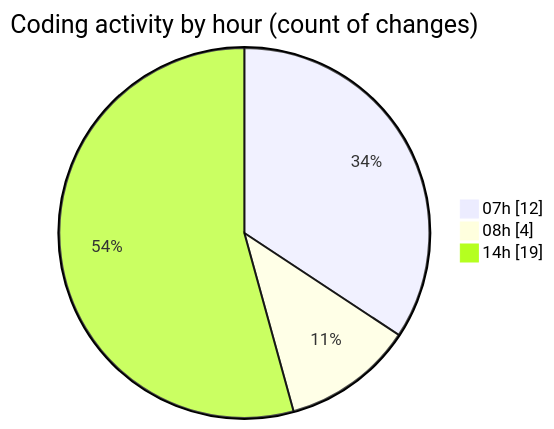
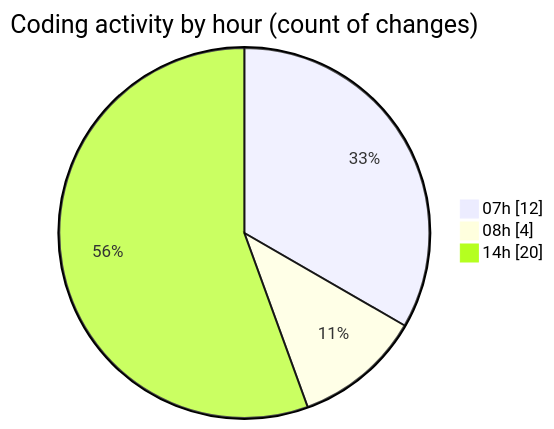
Before and after one commit to robertbonfada/code-tracking: the second of 2 diagrams in 2025-01-09/mbc-web/README.md, drawn with Mermaid. The commit also changed other lines of this file and 1 other file, not shown here.

````diff
--- a/2025-01-09/mbc-web/README.md
+++ b/2025-01-09/mbc-web/README.md
@@ -36,7 +36,7 @@
 ```mermaid
 pie showData
 title Coding activity by hour (count of changes)
 "07h" : 12
 "08h" : 4
-"14h" : 19
+"14h" : 20
 ```
````
